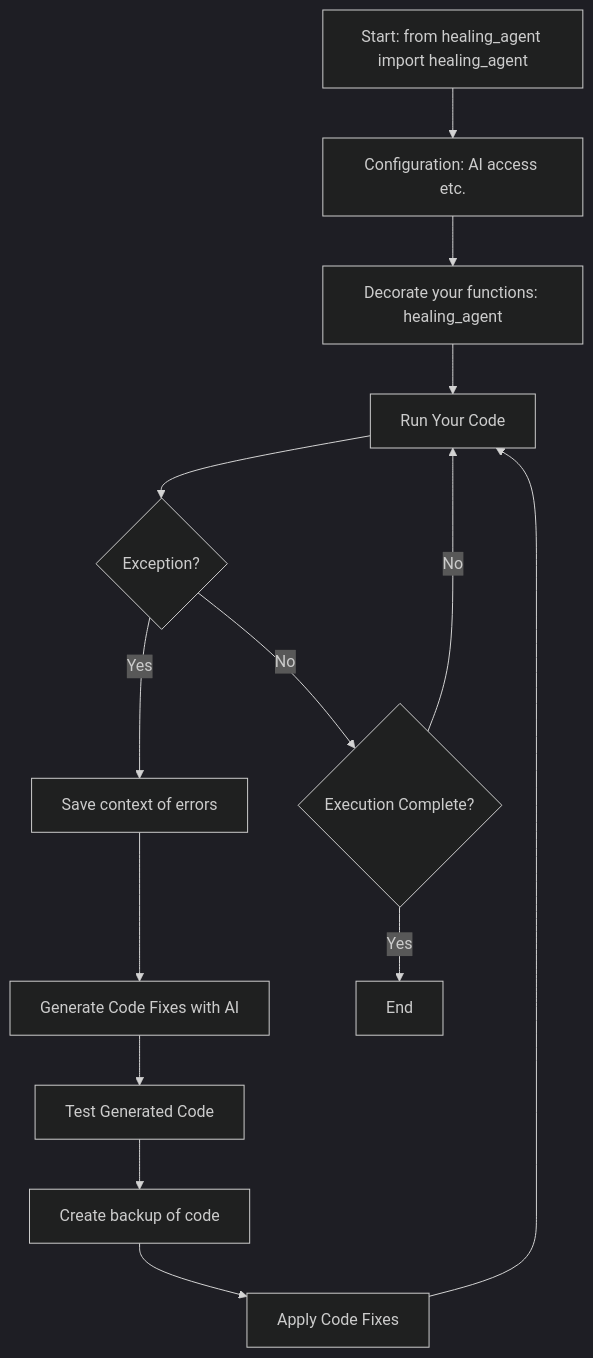
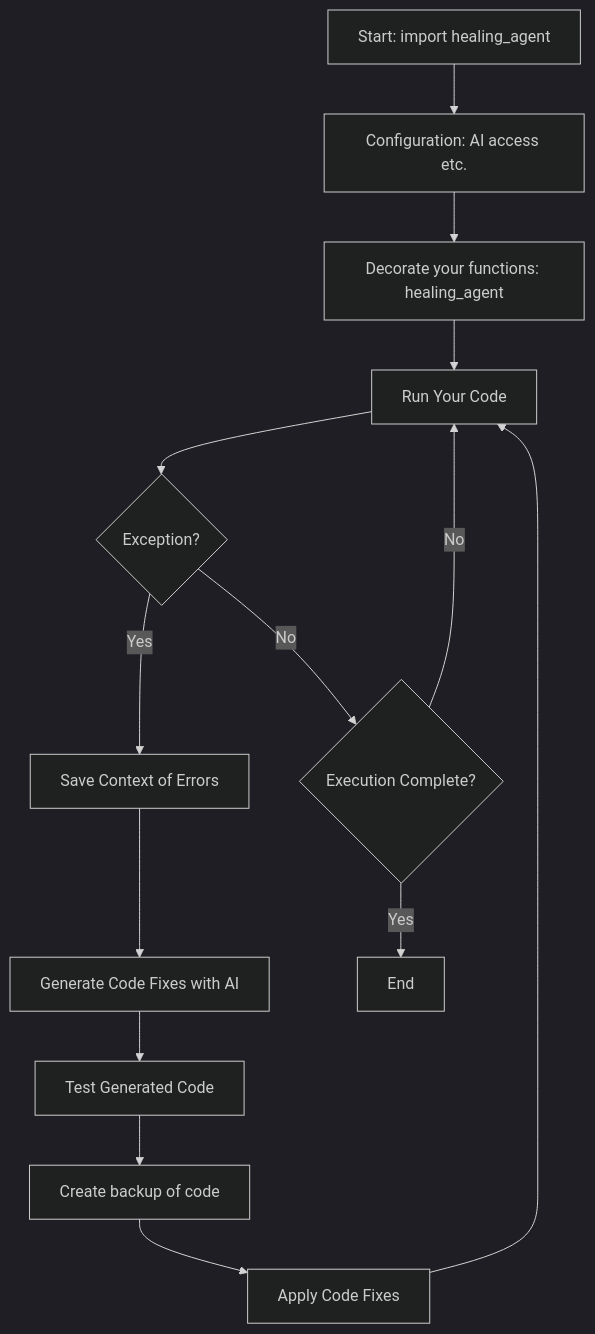
Before and after one commit to matebenyovszky/healing-agent: the diagram in README.md, drawn with Mermaid (dark theme). The commit also changed other lines of this file and 20 other files, not shown here.

````diff
--- a/README.md
+++ b/README.md
@@ -28,16 +24,16 @@
 ```mermaid
 graph TD
-    A[Start: from healing_agent import healing_agent] --> B[Configuration: AI access etc.]
+    A[Start: import healing_agent] --> B[Configuration: AI access etc.]
     B --> C[Decorate your functions: healing_agent]
     C --> D[Run Your Code]
     D --> E{Exception?}
-    E -->|Yes| F[Save context of errors]
+    E -->|Yes| F[Save Context of Errors]
     F --> G[Generate Code Fixes with AI]
     G --> H[Test Generated Code]
     H --> I[Create backup of code]
     I --> J[Apply Code Fixes]
     J --> D
     E -->|No| M{Execution Complete?}
     M -->|No| D
     M -->|Yes| L[End]
 ```
````
